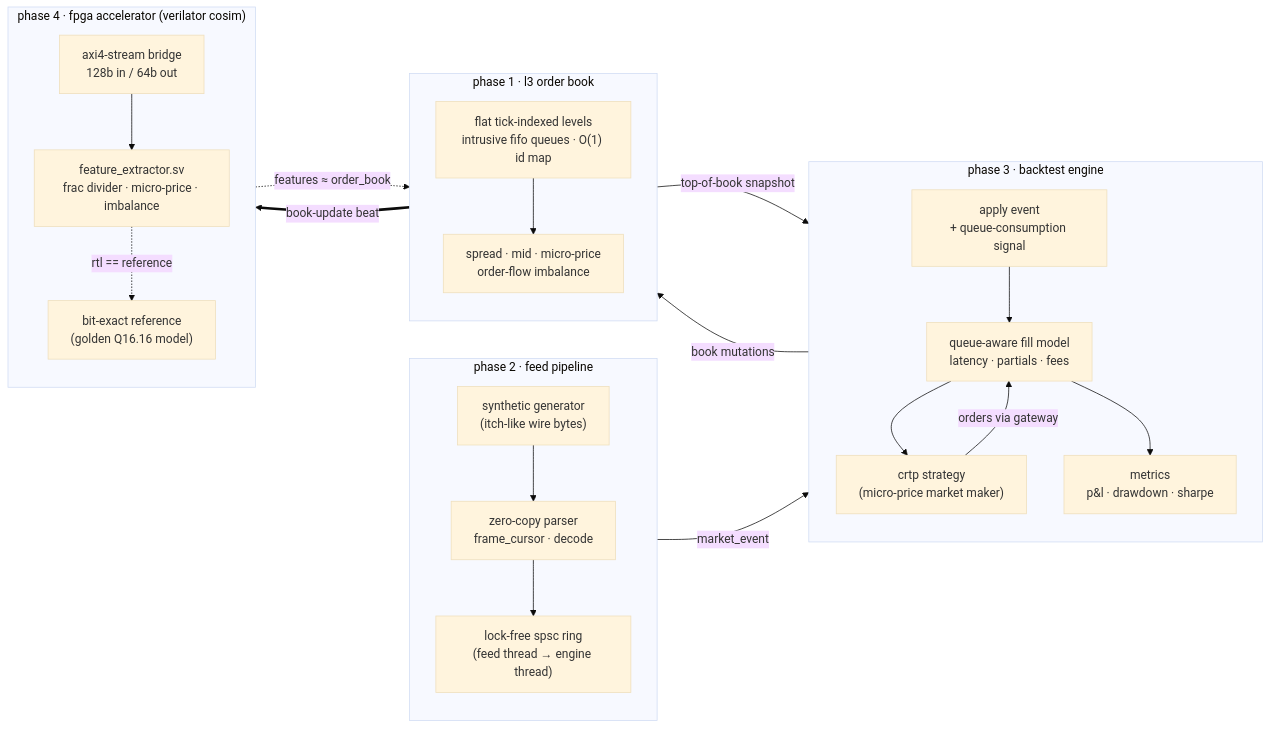
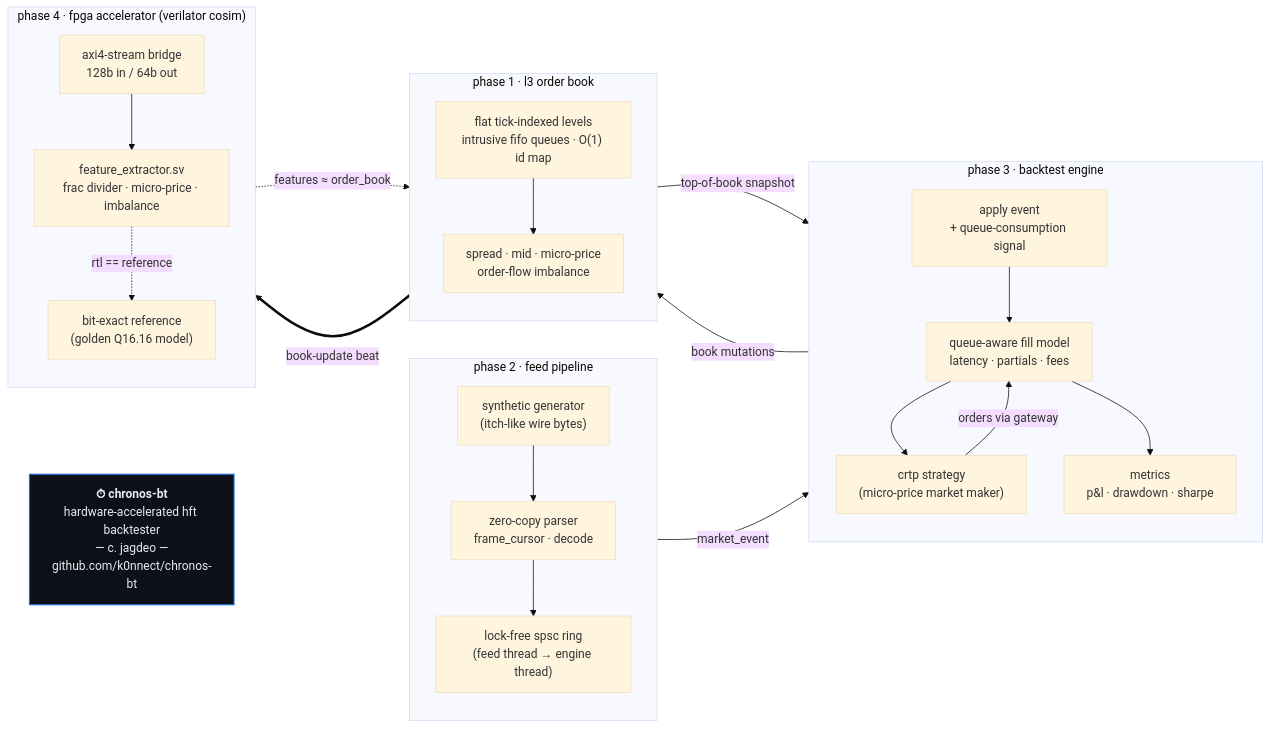
The diagram in README.md (k0nnect/chronos-hft), drawn with Mermaid (base theme) before and after one commit.

Commit message:
chronos branding x flowchart styling :)

````diff
--- a/README.md
+++ b/README.md
@@ -10,43 +10,52 @@
 ```mermaid
 flowchart LR
+    %% ── watermark ───────────────────────────────
+    BRAND["<b>⏱ chronos-bt</b><br/>hardware-accelerated hft backtester<br/>— c. jagdeo —<br/>github.com/k0nnect/chronos-bt"]
+    click BRAND href "https://github.com/k0nnect/chronos-bt" "chronos-bt · c. jagdeo" _blank
+    BRAND ~~~ feed
+
     subgraph feed["phase 2 · feed pipeline"]
         direction TB
         GEN["synthetic generator<br/>(itch-like wire bytes)"]
         PARSE["zero-copy parser<br/>frame_cursor · decode"]
         RING["lock-free spsc ring<br/>(feed thread → engine thread)"]
         GEN --> PARSE --> RING
     end
 
     subgraph book["phase 1 · l3 order book"]
         direction TB
         BOOK["flat tick-indexed levels<br/>intrusive fifo queues · O(1) id map"]
         ANALYTICS["spread · mid · micro-price<br/>order-flow imbalance"]
         BOOK --> ANALYTICS
     end
 
     subgraph engine["phase 3 · backtest engine"]
         direction TB
         APPLY["apply event<br/>+ queue-consumption signal"]
         FILL["queue-aware fill model<br/>latency · partials · fees"]
         STRAT["crtp strategy<br/>(micro-price market maker)"]
         METRICS["metrics<br/>p&l · drawdown · sharpe"]
         APPLY --> FILL --> STRAT
         FILL --> METRICS
     end
 
     subgraph hw["phase 4 · fpga accelerator (verilator cosim)"]
         direction TB
         AXI["axi4-stream bridge<br/>128b in / 64b out"]
         RTL["feature_extractor.sv<br/>frac divider · micro-price · imbalance"]
         REF["bit-exact reference<br/>(golden Q16.16 model)"]
         AXI --> RTL
         RTL -.->|rtl == reference| REF
     end
 
     RING -->|market_event| APPLY
     APPLY -->|book mutations| BOOK
     BOOK -->|top-of-book snapshot| STRAT
     STRAT -->|orders via gateway| FILL
     BOOK ==>|book-update beat| AXI
     REF -.->|features ≈ order_book| ANALYTICS
+
+    %% ── styling ─────────────────────────────────────────
+    classDef brand fill:#0d1117,stroke:#1f6feb,stroke-width:1.5px,color:#e6edf3;
+    class BRAND brand;
 ```
````
